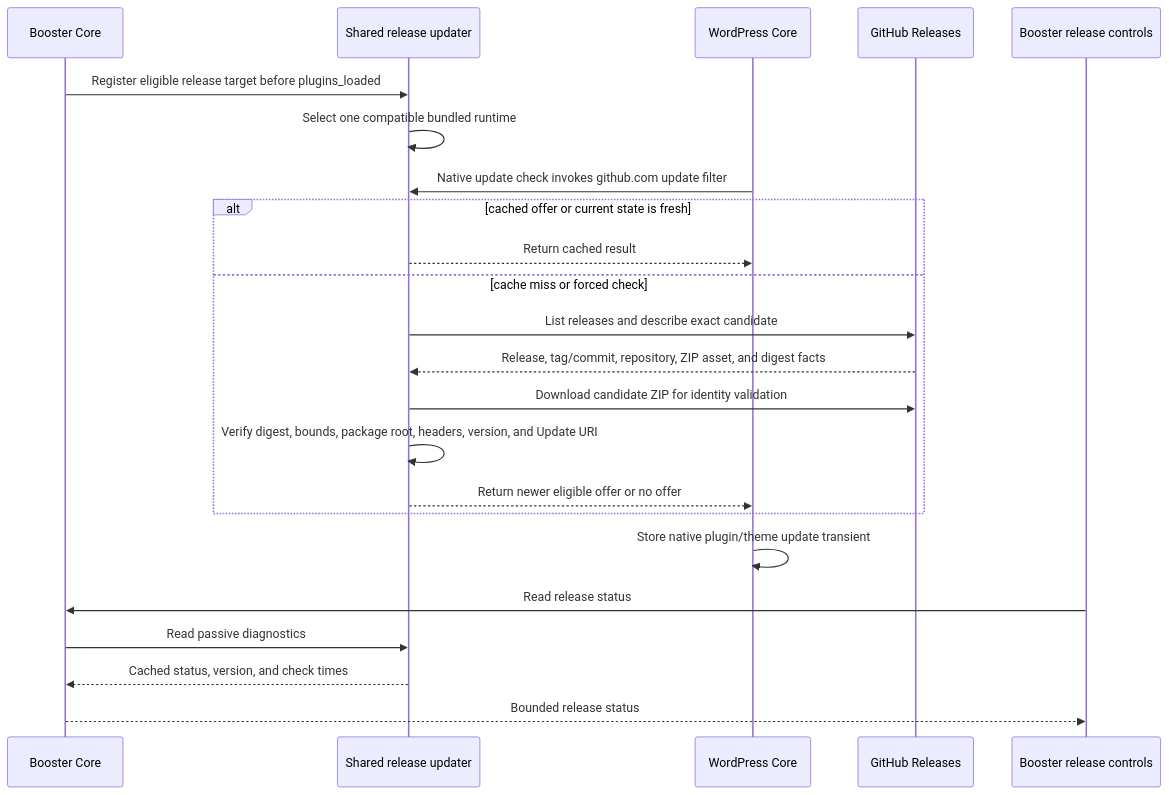
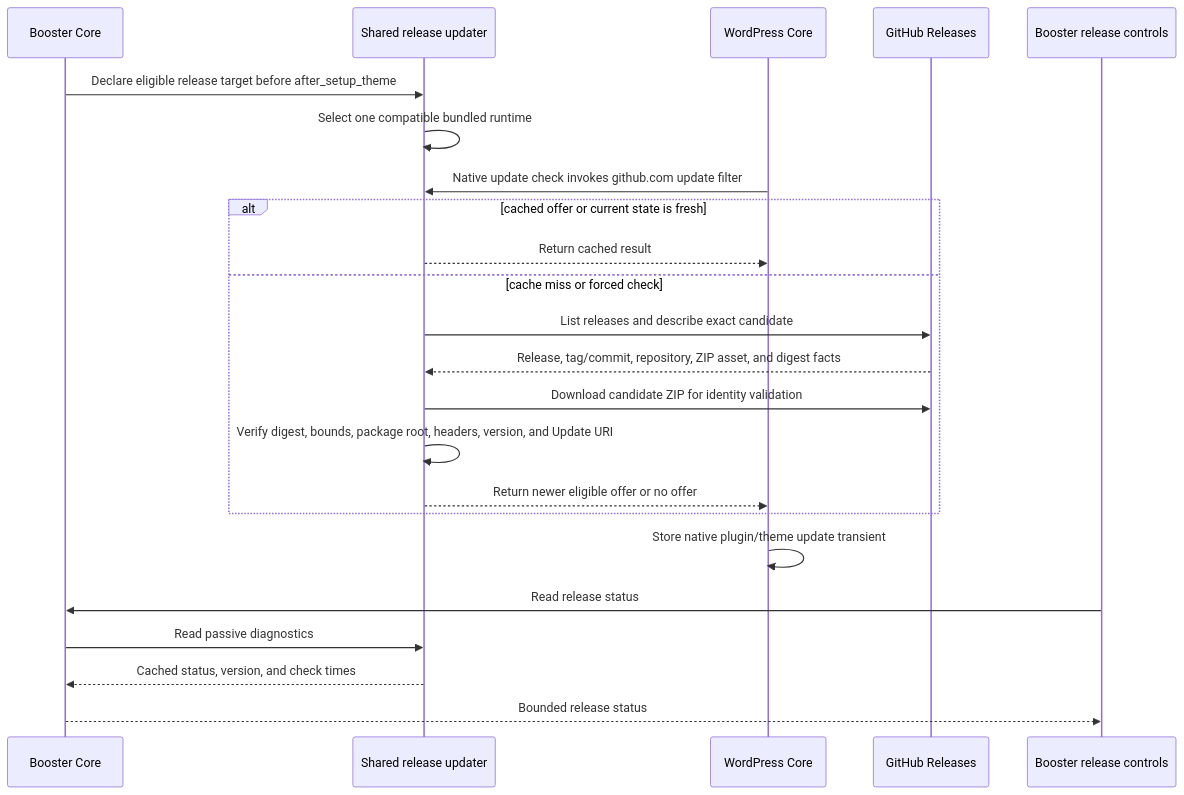
One commit to RocketsAreNostalgic/ran-booster changed the first of 3 diagrams in docs/package-update-orchestration.md. Above: the diagram before and after it, drawn with Mermaid. The commit also changed other lines of this file and 53 other files, not shown here.

````diff
--- a/docs/package-update-orchestration.md
+++ b/docs/package-update-orchestration.md
@@ -234,26 +236,26 @@
 ```mermaid
 sequenceDiagram
     participant B as Booster Core
     participant U as Shared release updater
     participant W as WordPress Core
     participant G as GitHub Releases
     participant A as Booster release controls
 
-    B->>U: Register eligible release target before plugins_loaded
+    B->>U: Declare eligible release target before after_setup_theme
     U->>U: Select one compatible bundled runtime
     W->>U: Native update check invokes github.com update filter
     alt cached offer or current state is fresh
         U-->>W: Return cached result
     else cache miss or forced check
         U->>G: List releases and describe exact candidate
         G-->>U: Release, tag/commit, repository, ZIP asset, and digest facts
         U->>G: Download candidate ZIP for identity validation
         U->>U: Verify digest, bounds, package root, headers, version, and Update URI
         U-->>W: Return newer eligible offer or no offer
     end
     W->>W: Store native plugin/theme update transient
     A->>B: Read release status
     B->>U: Read passive diagnostics
     U-->>B: Cached status, version, and check times
     B-->>A: Bounded release status
 ```
````
